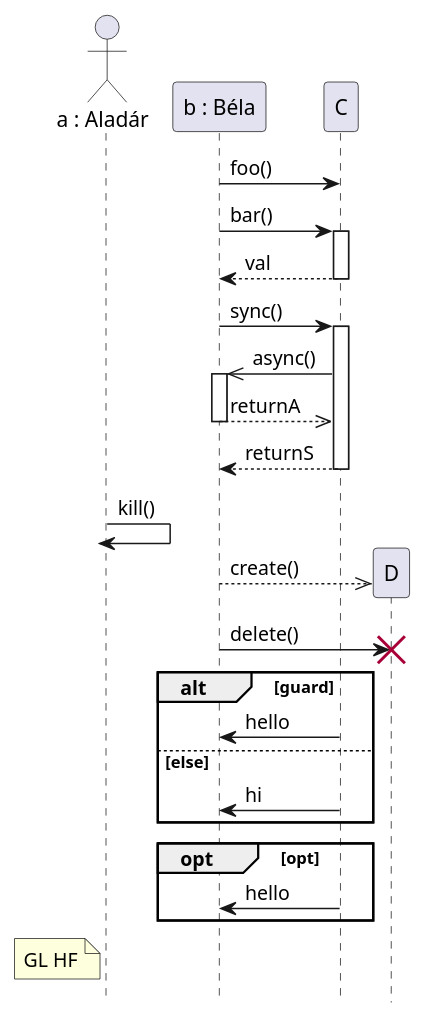
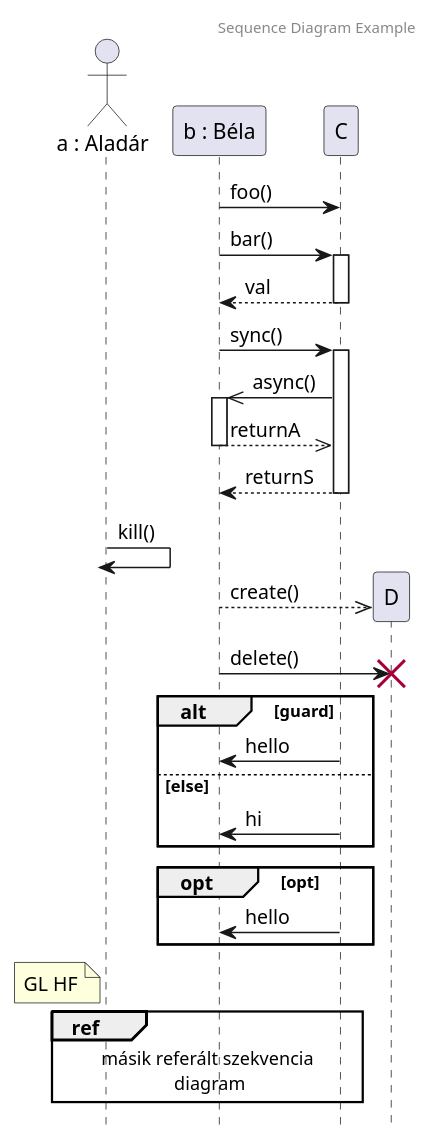
Before and after one commit to Kristof-me/Logarlec: the diagram in docs/sequenceExample.puml, drawn with PlantUML. The commit also changed 2 other files, not shown here.

Commit message:
Added names to diagrams

```diff
--- a/docs/sequenceExample.puml
+++ b/docs/sequenceExample.puml
@@ -1,50 +1,57 @@
-@startuml
+@startuml sequenceExample
+header Sequence Diagram Example
+
 hide footbox
 
 ' lehet előre deklarálni résztvevőket '
 actor A as "a : Aladár"
 participant B as "b : Béla"
 
 ' de utólag is '
 B -> C : foo()
 
 ' lehet aktiválni és leállítani '
 B -> C ++ : bar()
 return val
 
 ' vagy automatizálni'
 autoactivate on
 
 ' nyíl típusok '
 B -> C : sync()
 C ->> B : async()
 return returnA
 return returnS
 
 A -> A  -- :  kill()
 
 create D
 B -->> D : create()
 
 
 B -> D -- : delete()
 destroy D
 
 autoactivate off
 ' viselkedés dolgok '
 
 alt guard
 C -> B -- : hello
 else else
 C -> B -- : hi
 end
 
 opt opt
 C -> B -- : hello
 end
 
 note left of A
   GL HF
 end note
 
+ref over C, B, A
+  másik referált szekvencia
+   diagram
+end ref
+
 @enduml
```
